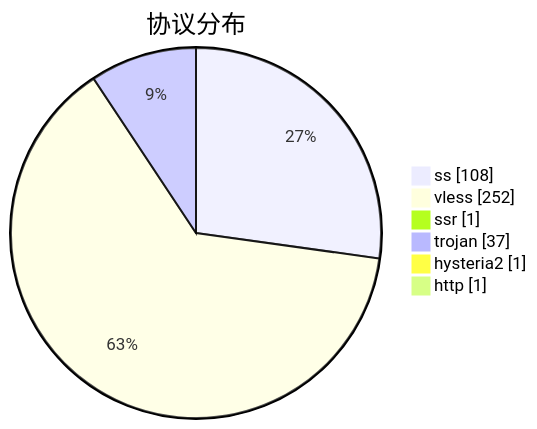
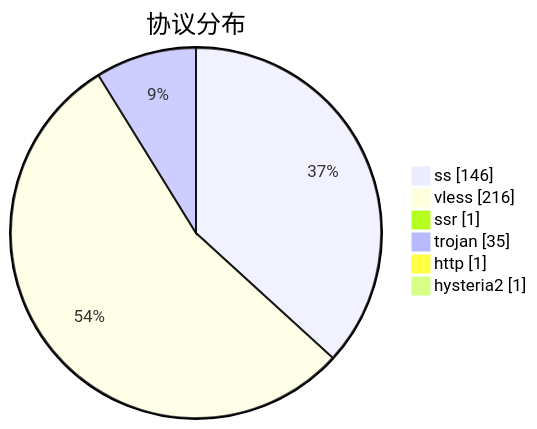
One commit to qjlxg/airport changed the third of 3 diagrams in subs/statistics/tested_within.md. Above: the diagram before and after it, drawn with Mermaid. The commit also changed other lines of this file and 2 other files, not shown here.

````diff
--- a/subs/statistics/tested_within.md
+++ b/subs/statistics/tested_within.md
@@ -19,10 +18,10 @@
 ```mermaid
 pie showData
 title 协议分布
-"ss" : 108
-"vless" : 252
+"ss" : 146
+"vless" : 216
 "ssr" : 1
-"trojan" : 37
+"trojan" : 35
+"http" : 1
 "hysteria2" : 1
-"http" : 1
 ```
````
